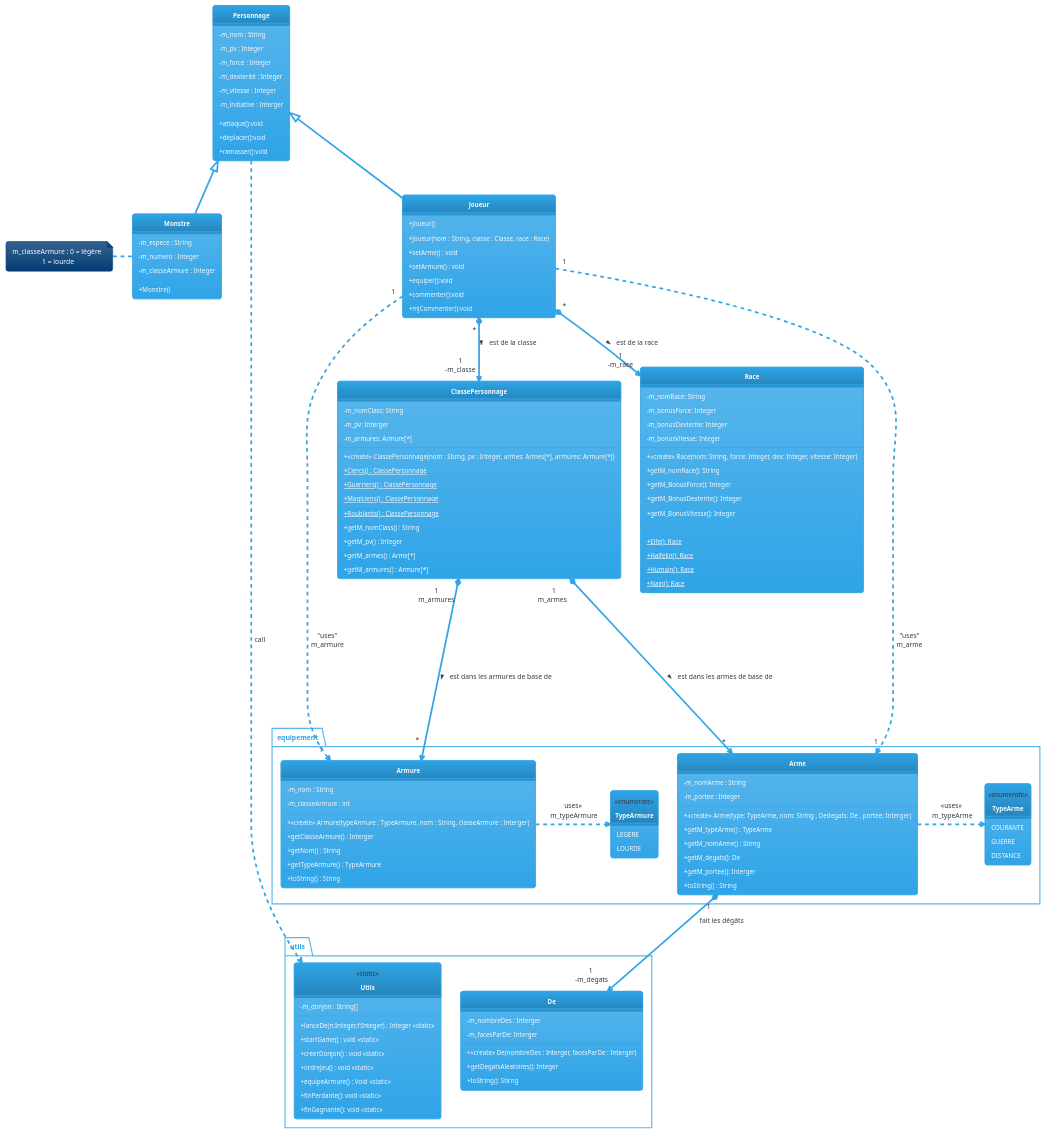
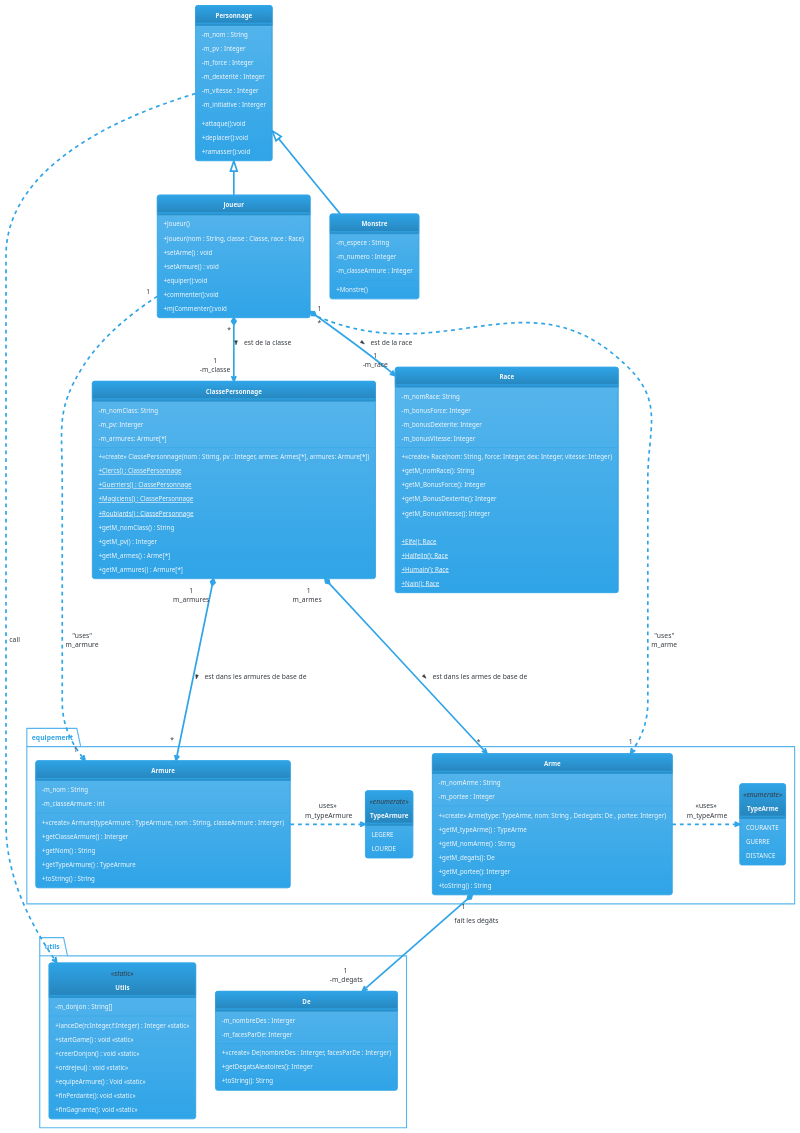
One commit to AbdullahPro2/DOOnjon-Dragon changed the diagram in uml/semaine2.puml. Above: the diagram before and after it, drawn with PlantUML. The commit also changed 3 other files, not shown here.

```diff
--- a/uml/semaine2.puml
+++ b/uml/semaine2.puml
@@ -1,154 +1,149 @@
 @startuml
 'https://plantuml.com/use-case-diagram
 !theme cerulean
 skinparam style strictuml
 skinparam classFontStyle Bold
 skinparam classAttributeIconSize 0
 hide empty members
 
 package equipement
 {
 
 ' Class Arme
   class Arme{
     - m_nomArme : String
     - m_portee : Integer
     + <<create>> Arme(type: TypeArme, nom: String , Dedegats: De , portee: Interger)
     + getM_typeArme() : TypeArme
     + getM_nomArme() : Stirng
     + getM_degats(): De
     + getM_portee(): Interger
     + toString() : String
 }
   enum TypeArme <<enumerate>>
   {
   COURANTE
   GUERRE
   DISTANCE
   }
 ' Class Armure
 class Armure{
     - m_nom : String
     - m_classeArmure : int
     + <<create>> Armure(typeArmure : TypeArmure, nom : String, classeArmure : Interger)
     + getClasseArmure() : Interger
     + getNom() : String
     + getTypeArmure() : TypeArmure
     + toString() : String
 }
 
 enum TypeArmure <<enumerate>>
 {
   LEGERE
   LOURDE
 }
 }
 class Personnage{
     -m_nom : String
     -m_pv : Integer
     -m_force : Integer
     -m_dexterité : Integer
     -m_vitesse : Integer
     -m_initiative : Interger
     +attaque():void
     +deplacer():void
     +ramasser():void
 }
 
 class Joueur{
     +Joueur()
     +Joueur(nom : String, classe : Classe, race : Race)
     +setArme() : void
     +setArmure() : void
     +equiper():void
     +commenter():void
     +mjCommenter():void
 }
 
 class Monstre {
     +Monstre()
     -m_espece : String
     -m_numero : Integer
     -m_classeArmure : Integer
 }
-
-note left of Monstre
-m_classeArmure : 0 = légère
-                 1 = lourde
-end note
 
   class ClassePersonnage {
     - m_nomClass: String
     - m_pv: Interger
     - m_armures: Armure[*]
 
     + <<create>> ClassePersonnage(nom : Stirng, pv : Integer, armes: Armes[*], armures: Armure[*])
     + {static} Clercs() : ClassePersonnage
     + {static} Guerriers() : ClassePersonnage
     + {static} Magiciens() : ClassePersonnage
     + {static} Roublards() : ClassePersonnage
     + getM_nomClass() : String
     + getM_pv() : Integer
     + getM_armes() : Arme[*]
     + getM_armures() : Armure[*]
 }
 
 class Race {
   - m_nomRace: String
   - m_bonusForce: Integer
   - m_bonusDexterite: Integer
   - m_bonusVitesse: Integer
 
   + <<create>> Race(nom: String, force: Integer, dex: Integer, vitesse: Integer)
   + getM_nomRace(): String
   + getM_BonusForce(): Integer
   + getM_BonusDexterite(): Integer
   + getM_BonusVitesse(): Integer
 
   + {static} Elfe(): Race
   + {static} Halfelin(): Race
   + {static} Humain(): Race
   + {static} Nain(): Race
 }
 
 package utils
 {
   class Utils <<static>>{
     -m_donjon : String[]
     +lanceDe(n:Integer,f:Integer) : Integer <<static>>
     +startGame() : void <<static>>
     +creerDonjon() : void <<static>>
     +ordreJeu() : void <<static>>
     +equipeArmure() : Void <<static>>
     +finPerdante(): void <<static>>
     +finGagnante(): void <<static>>
   }
   class De
   {
     - m_nombreDes : Interger
     - m_facesParDe: Interger
     + <<create>> De(nombreDes : Interger, facesParDe : Interger)
     + getDegatsAleatoires(): Integer
     + toString(): Stirng
   }
 }
 
 Personnage <|-- Joueur
 Personnage <|-- Monstre
 Joueur "*" *--> "1\n-m_classe" ClassePersonnage :  est de la classe >
 ' Relation de Classe de Personnage
 ClassePersonnage "1\nm_armes  " *----> "*" Arme:est dans les armes de base de >
 ClassePersonnage "1\nm_armures" *----> "*\n" Armure : est dans les armures de base de >
 
 
 Personnage .> Utils : "«call»"
 Joueur "*" *--> "1\n-m_race" Race :  est de la race >
 Joueur "1" .> "1" Arme : "uses"\nm_arme
 Joueur "1" .> "1" Armure : "uses"\nm_armure
 
 ' Class Arme Relations
 Arme .> TypeArme : "«uses»\n m_typeArme"
 Arme "1" *--> "1\n -m_degats" De : fait les dégâts
 ' Class Armure Relations
 Armure .> TypeArmure : "«uses»\n m_typeArmure""
 @enduml
```
